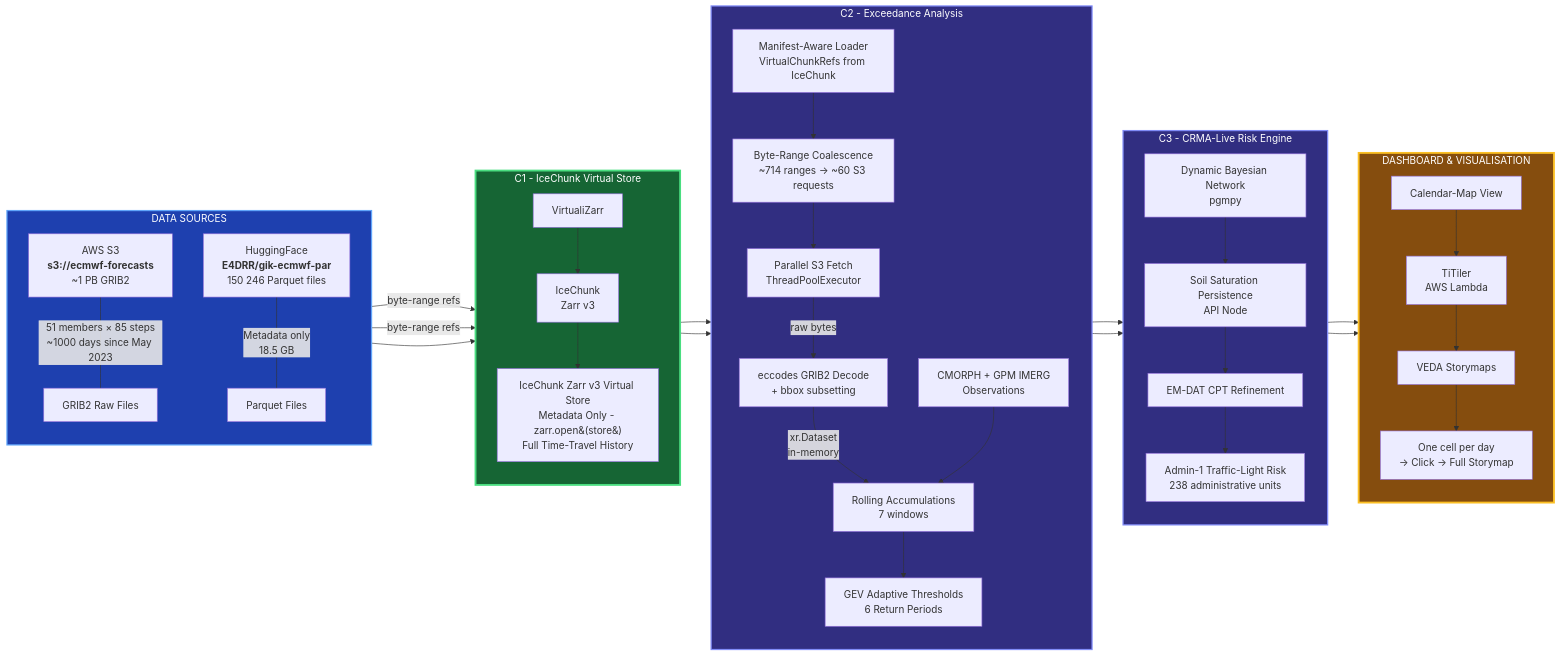
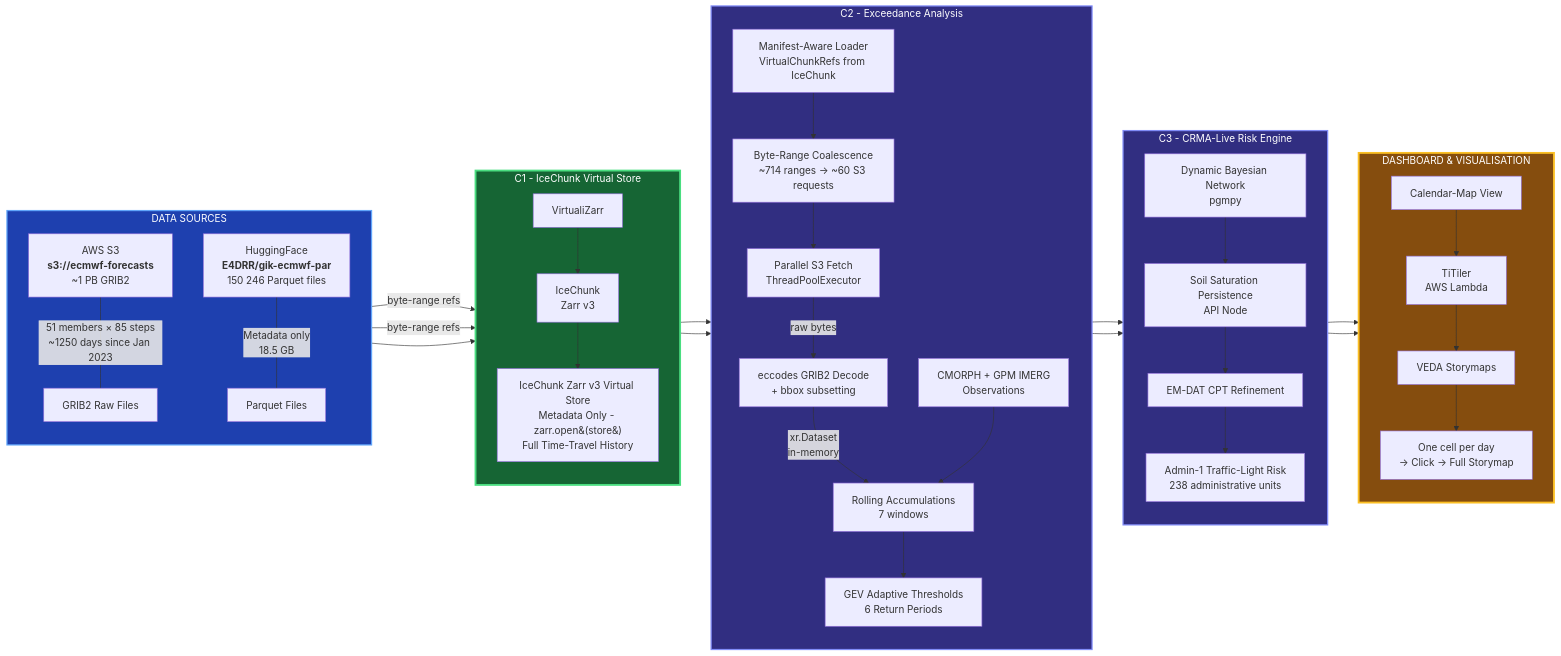
One commit to hashirama21/gik-icechain changed the diagram in README.md. Above: the diagram before and after it, drawn with Mermaid. The commit also changed other lines of this file, not shown here.

First line of the commit message:
docs(readme): correct archive coverage (2023-01-18 -> present, ~1250 days)

```diff
--- a/README.md
+++ b/README.md
@@ -60,7 +60,7 @@
         S3[AWS S3<br/><b>s3://ecmwf-forecasts</b><br/>~1 PB GRIB2]
         HF[HuggingFace<br/><b>E4DRR/gik-ecmwf-par</b><br/>150 246 Parquet files]
 
-        S3 ---|"51 members × 85 steps<br/>~1000 days since May 2023"| GRIB[GRIB2 Raw Files]
+        S3 ---|"51 members × 85 steps<br/>~1250 days since Jan 2023"| GRIB[GRIB2 Raw Files]
         HF ---|"Metadata only<br/>18.5 GB"| Parquet[Parquet Files]
     end
 
```
